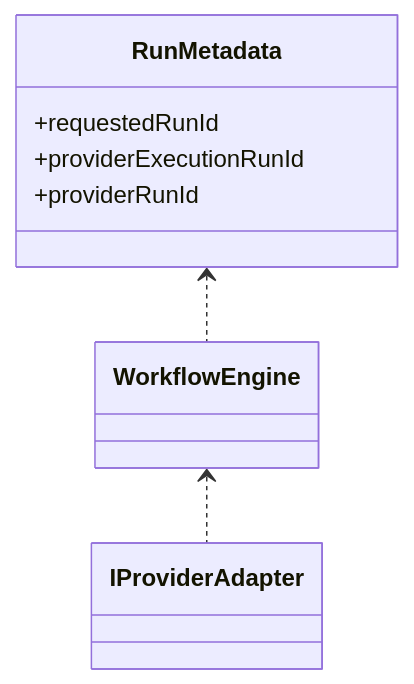
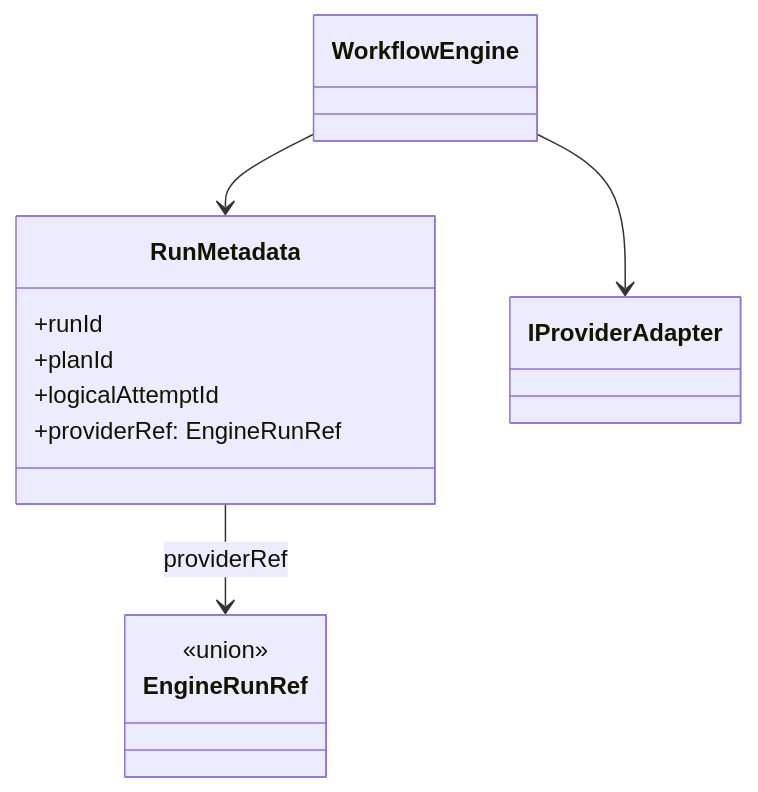
Before and after one commit to dunay2/dvt: the third of 4 diagrams in docs/architecture/system-delivery-status.md, drawn with Mermaid. The commit also changed other lines of this file and 69 other files, not shown here.

Commit message:
refactor(engine): Harden provider-ref reconciliation seam

````diff
--- a/docs/architecture/system-delivery-status.md
+++ b/docs/architecture/system-delivery-status.md
@@ -225,10 +225,15 @@
 ```mermaid
 classDiagram
     class RunMetadata {
-        +requestedRunId
-        +providerExecutionRunId
-        +providerRunId
+        +runId
+        +planId
+        +logicalAttemptId
+        +providerRef: EngineRunRef
     }
-    RunMetadata <.. WorkflowEngine
-    WorkflowEngine <.. IProviderAdapter
+    class EngineRunRef {
+        <<union>>
+    }
+    RunMetadata --> EngineRunRef : providerRef
+    WorkflowEngine --> RunMetadata
+    WorkflowEngine --> IProviderAdapter
 ```
````
